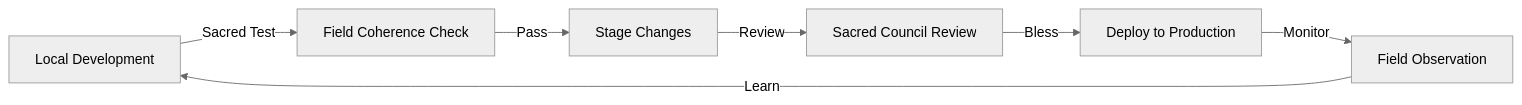
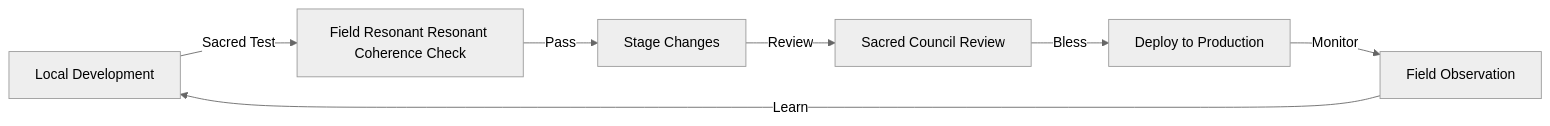
One commit to Luminous-Dynamics/luminous-dynamics changed the diagram in docs/SACRED_ARCHITECTURE_UNIFIED.md. Above: the diagram before and after it, drawn with Mermaid (neutral theme). The commit also changed other lines of this file and 1039 other files, not shown here.

````diff
--- a/docs/SACRED_ARCHITECTURE_UNIFIED.md
+++ b/docs/SACRED_ARCHITECTURE_UNIFIED.md
@@ -125,9 +125,9 @@
 ```mermaid
 graph LR
-    A[Local Development] -->|Sacred Test| B[Field Coherence Check]
+    A[Local Development] -->|Sacred Test| B[Field Resonant Resonant Coherence Check]
     B -->|Pass| C[Stage Changes]
     C -->|Review| D[Sacred Council Review]
     D -->|Bless| E[Deploy to Production]
     E -->|Monitor| F[Field Observation]
     F -->|Learn| A
 ```
````
